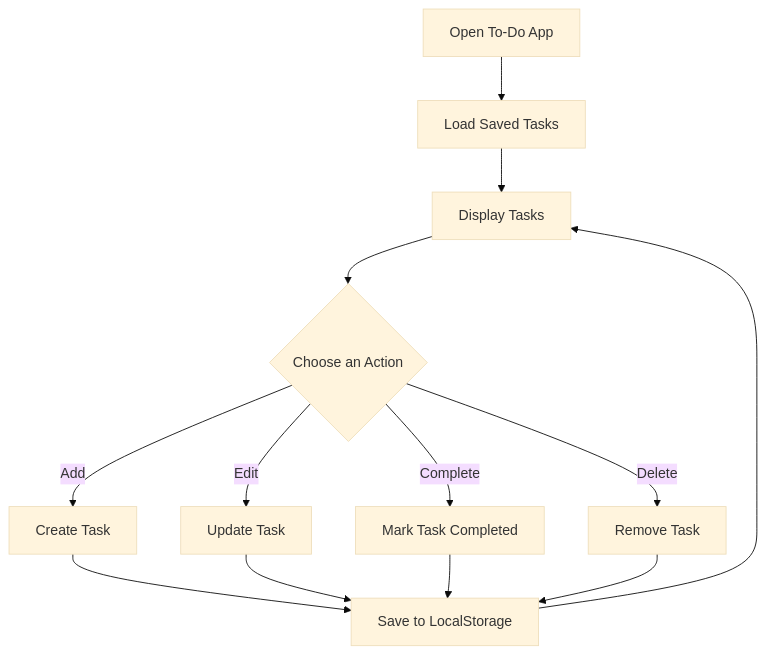
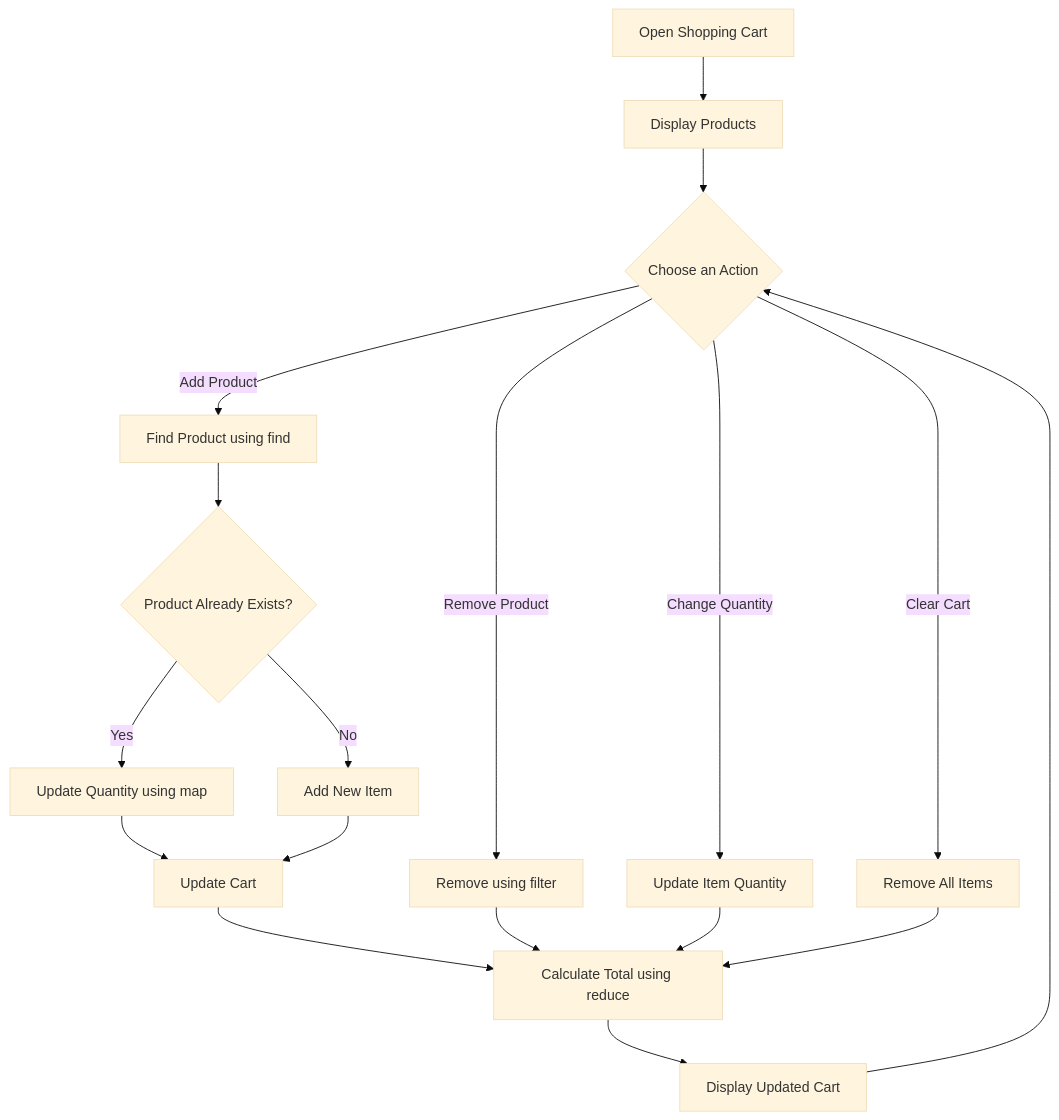
One commit to VarshaChintapatla/Javascript changed the diagram in Shopping Cart/readme.md. Above: the diagram before and after it, drawn with Mermaid (base theme). The commit also changed other lines of this file, not shown here.

````diff
--- a/Shopping Cart/readme.md
+++ b/Shopping Cart/readme.md
@@ -67,15 +70,20 @@
 ```mermaid
 flowchart TD
-    A[Open To-Do App] --> B[Load Saved Tasks]
-    B --> C[Display Tasks]
-    C --> D{Choose an Action}
-    D -- Add --> E[Create Task]
-    D -- Edit --> F[Update Task]
-    D -- Complete --> G[Mark Task Completed]
-    D -- Delete --> H[Remove Task]
-    E --> I[Save to LocalStorage]
-    F --> I
-    G --> I
-    H --> I
-    I --> C
+    A[Open Shopping Cart] --> B[Display Products]
+    B --> C{Choose an Action}
+    C -- Add Product --> D[Find Product using find]
+    D --> E{Product Already Exists?}
+    E -- Yes --> F[Update Quantity using map]
+    E -- No --> G[Add New Item]
+    F --> H[Update Cart]
+    G --> H
+    C -- Remove Product --> I[Remove using filter]
+    C -- Change Quantity --> J[Update Item Quantity]
+    C -- Clear Cart --> K[Remove All Items]
+    H --> L[Calculate Total using reduce]
+    I --> L
+    J --> L
+    K --> L
+    L --> M[Display Updated Cart]
+    M --> C
 ```
````
